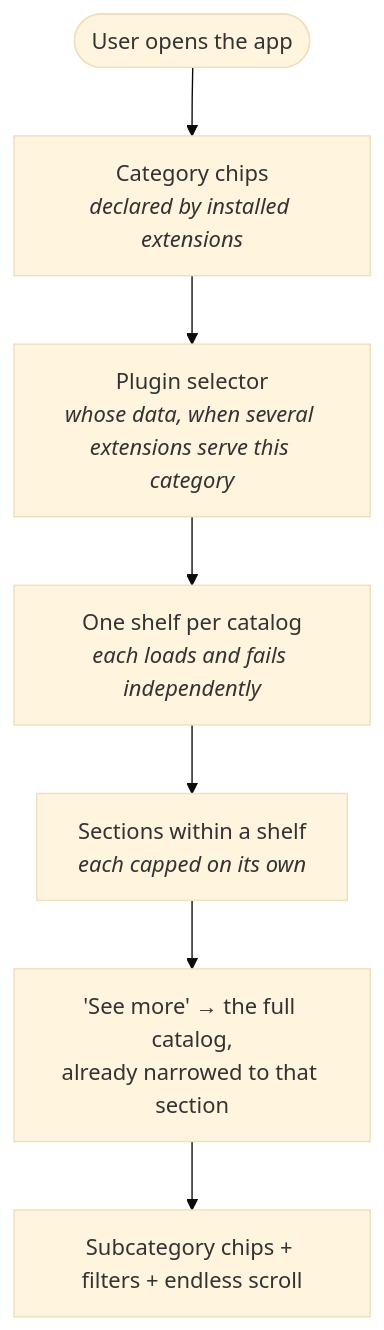
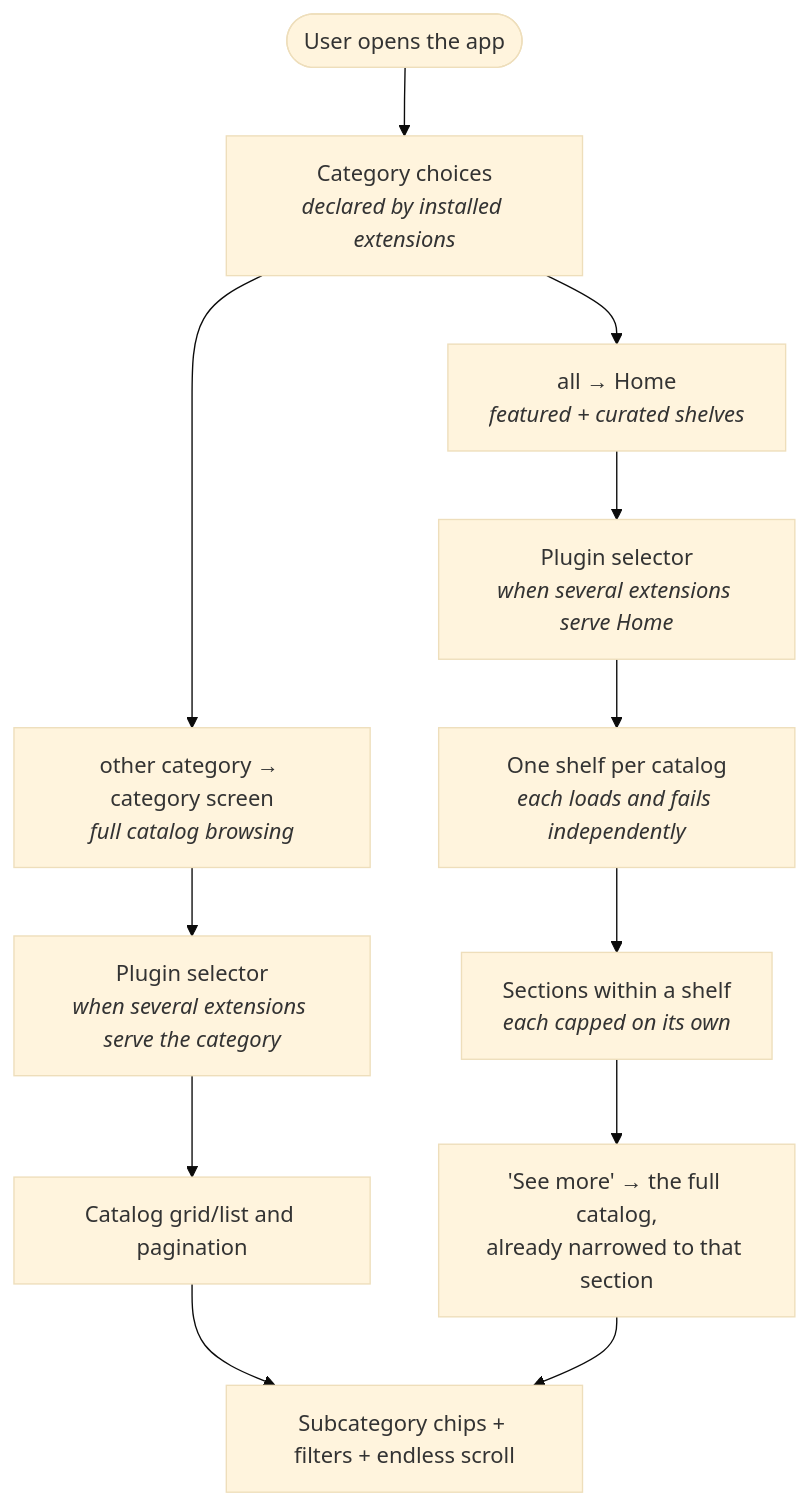
Before and after one commit to nimbusfvck/fvcksubs: the fourth of 13 diagrams in docs/04-user-journey.md, drawn with Mermaid (base theme). The commit also changed other lines of this file and 12 other files, not shown here.

Commit message:
feat(app): streamline category navigation

````diff
--- a/docs/04-user-journey.md
+++ b/docs/04-user-journey.md
@@ -112,9 +112,14 @@
 ```mermaid
 flowchart TB
-    U(["User opens the app"]) --> CAT["Category chips<br/><i>declared by installed extensions</i>"]
-    CAT --> PICK["Plugin selector<br/><i>whose data, when several extensions serve this category</i>"]
+    U(["User opens the app"]) --> CAT["Category choices<br/><i>declared by installed extensions</i>"]
+    CAT --> HOME["all → Home<br/><i>featured + curated shelves</i>"]
+    CAT --> PAGE["other category → category screen<br/><i>full catalog browsing</i>"]
+    HOME --> PICK["Plugin selector<br/><i>when several extensions serve Home</i>"]
+    PAGE --> PICKPAGE["Plugin selector<br/><i>when several extensions serve the category</i>"]
     PICK --> SHELF["One shelf per catalog<br/><i>each loads and fails independently</i>"]
+    PICKPAGE --> GRID["Catalog grid/list and pagination"]
     SHELF --> SEC["Sections within a shelf<br/><i>each capped on its own</i>"]
     SEC --> MORE["'See more' → the full catalog,<br/>already narrowed to that section"]
-    MORE --> CHIPS["Subcategory chips + filters + endless scroll"]
+    GRID --> CHIPS["Subcategory chips + filters + endless scroll"]
+    MORE --> CHIPS
 ```
````
